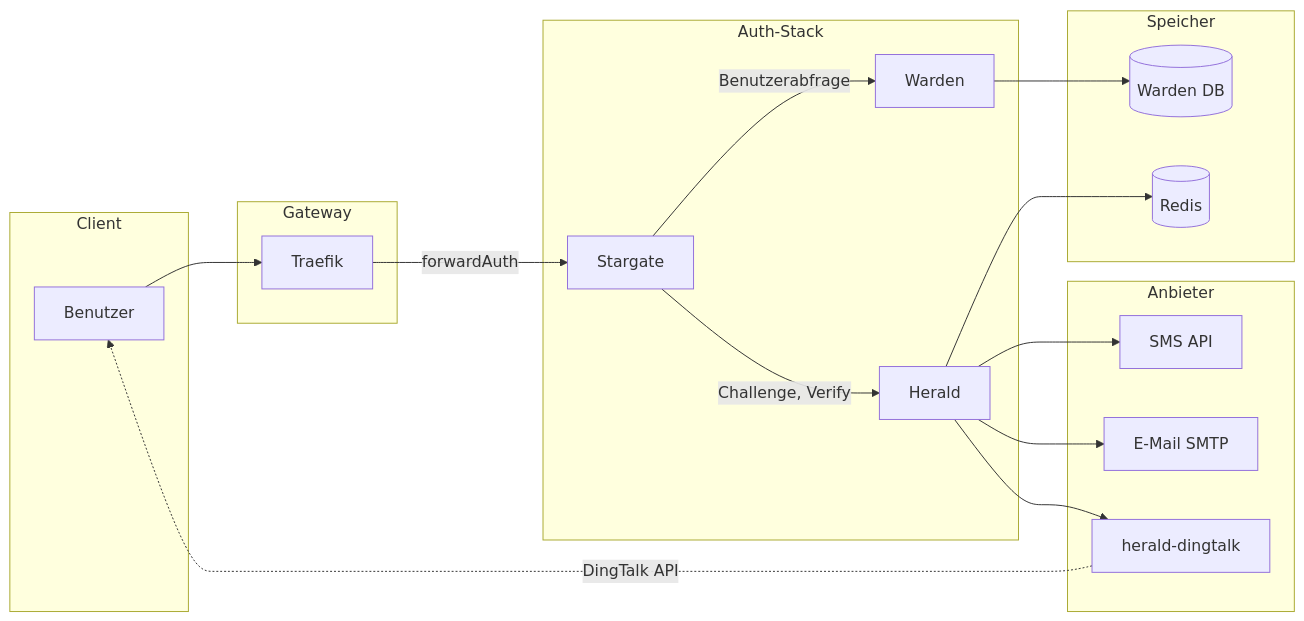
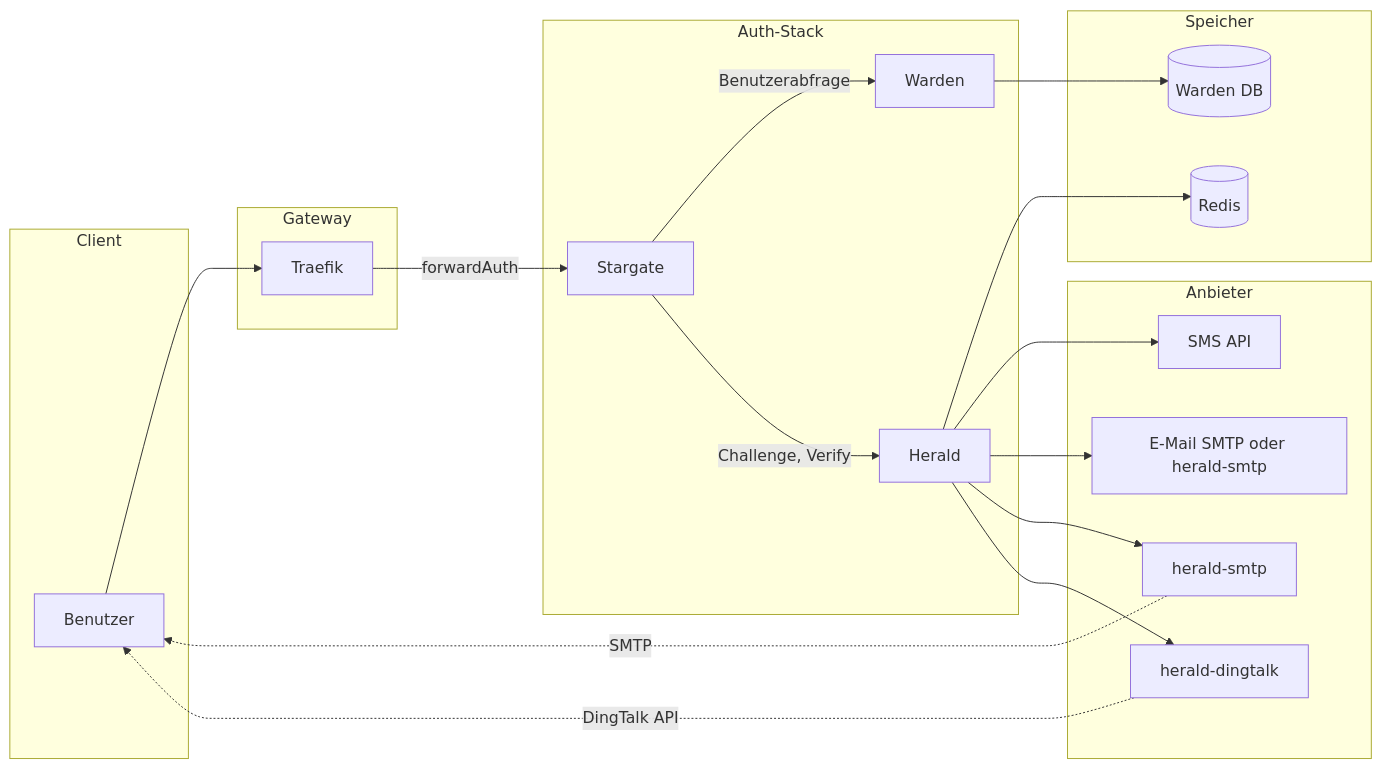
One commit to soulteary/herald changed the diagram in docs/deDE/ARCHITECTURE.md. Above: the diagram before and after it, drawn with Mermaid. The commit also changed other lines of this file and 27 other files, not shown here.

Commit message:
feat: use herald-smtp

````diff
--- a/docs/deDE/ARCHITECTURE.md
+++ b/docs/deDE/ARCHITECTURE.md
@@ -11,38 +11,41 @@
 ```mermaid
 flowchart LR
   subgraph client [Client]
     User[Benutzer]
   end
 
   subgraph gateway [Gateway]
     Traefik[Traefik]
   end
 
   subgraph auth [Auth-Stack]
     Stargate[Stargate]
     Warden[Warden]
     Herald[Herald]
   end
 
   subgraph storage [Speicher]
     Redis[(Redis)]
     DB[(Warden DB)]
   end
 
   subgraph providers [Anbieter]
     SMS[SMS API]
-    Email[E-Mail SMTP]
+    Email[E-Mail SMTP oder herald-smtp]
+    HeraldSMTP[herald-smtp]
     HeraldDingtalk[herald-dingtalk]
   end
 
   User --> Traefik
   Traefik -->|forwardAuth| Stargate
   Stargate -->|Benutzerabfrage| Warden
   Stargate -->|Challenge, Verify| Herald
   Warden --> DB
   Herald --> Redis
   Herald --> SMS
   Herald --> Email
+  Herald --> HeraldSMTP
   Herald --> HeraldDingtalk
+  HeraldSMTP -.->|SMTP| User
   HeraldDingtalk -.->|DingTalk API| User
 ```
````
